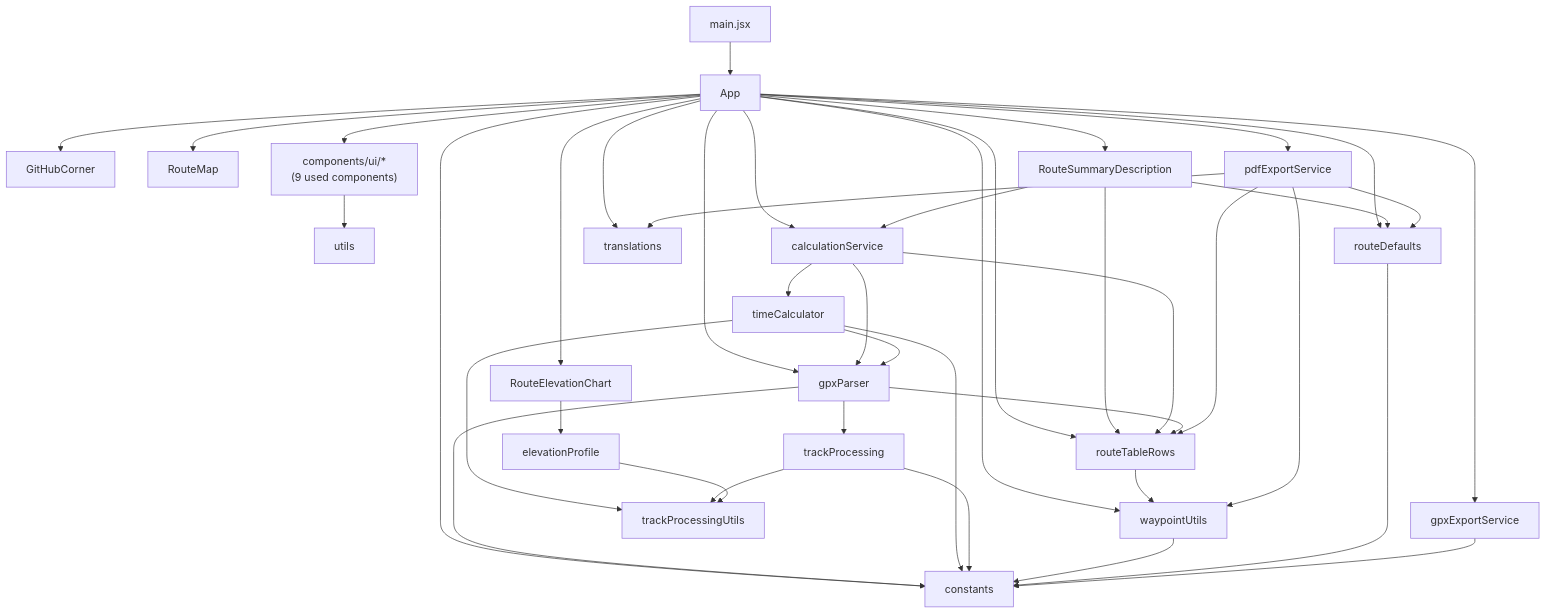
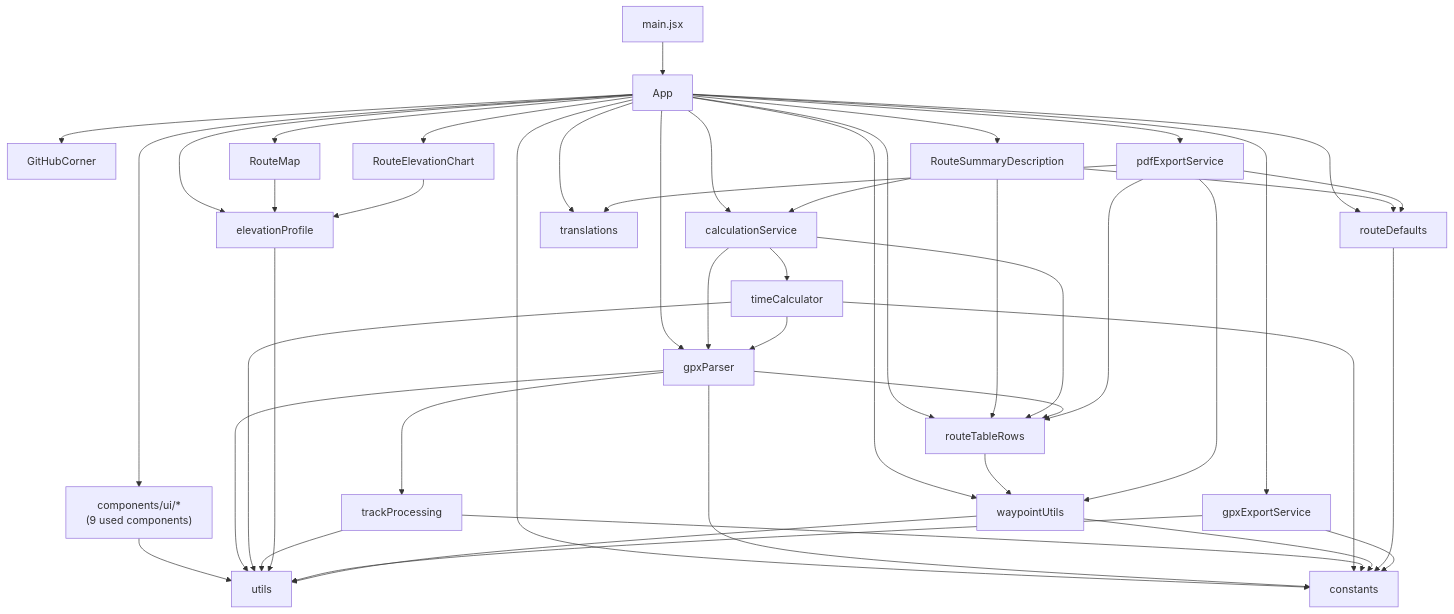
Before and after one commit to Campano/gpx-route-planner: the diagram in docs/architecture.md, drawn with Mermaid. The commit also changed other lines of this file and 12 other files, not shown here.

````diff
--- a/docs/architecture.md
+++ b/docs/architecture.md
@@ -7,56 +7,61 @@
 ```mermaid
 flowchart TB
   main["main.jsx"] --> App
 
   App --> GitHubCorner
   App --> RouteMap
   App --> RouteElevationChart
   App --> RouteSummaryDescription
   App --> UI["components/ui/*<br/>(9 used components)"]
 
   UI --> utils
 
   App --> calculationService
   App --> gpxParser
   App --> gpxExportService
   App --> pdfExportService
   App --> routeDefaults
   App --> routeTableRows
   App --> waypointUtils
+  App --> elevationProfile
   App --> constants
   App --> translations
 
+  RouteMap --> elevationProfile
   RouteElevationChart --> elevationProfile
   RouteSummaryDescription --> routeDefaults
   RouteSummaryDescription --> calculationService
   RouteSummaryDescription --> routeTableRows
 
   calculationService --> gpxParser
   calculationService --> timeCalculator
   calculationService --> routeTableRows
 
   gpxParser --> trackProcessing
   gpxParser --> routeTableRows
   gpxParser --> constants
+  gpxParser --> utils
 
   timeCalculator --> gpxParser
-  timeCalculator --> trackProcessingUtils
+  timeCalculator --> utils
   timeCalculator --> constants
 
-  trackProcessing --> trackProcessingUtils
+  trackProcessing --> utils
   trackProcessing --> constants
 
-  elevationProfile --> trackProcessingUtils
+  elevationProfile --> utils
+  gpxExportService --> utils
+  waypointUtils --> utils
 
   routeTableRows --> waypointUtils
   waypointUtils --> constants
 
   routeDefaults --> constants
 
   pdfExportService --> translations
   pdfExportService --> waypointUtils
   pdfExportService --> routeDefaults
   pdfExportService --> routeTableRows
 
   gpxExportService --> constants
 ```
````
